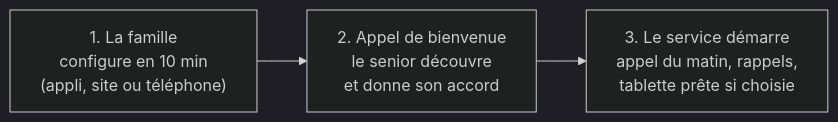
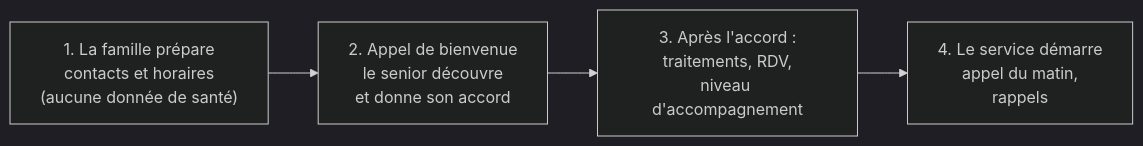
One commit to OrizonLab/pps changed the diagram in docs/09-preconfiguration-et-prise-en-main.md. Above: the diagram before and after it, drawn with Mermaid (dark theme). The commit also changed other lines of this file and 23 other files, not shown here.

````diff
--- a/docs/09-preconfiguration-et-prise-en-main.md
+++ b/docs/09-preconfiguration-et-prise-en-main.md
@@ -13,5 +19,6 @@
 ```mermaid
 flowchart LR
-    A["1. La famille<br/>configure en 10 min<br/>(appli, site ou téléphone)"] --> B["2. Appel de bienvenue<br/>le senior découvre<br/>et donne son accord"]
-    B --> C["3. Le service démarre<br/>appel du matin, rappels,<br/>tablette prête si choisie"]
+    A["1. La famille prépare<br/>contacts et horaires<br/>(aucune donnée de santé)"] --> B["2. Appel de bienvenue<br/>le senior découvre<br/>et donne son accord"]
+    B --> C["3. Après l'accord :<br/>traitements, RDV,<br/>niveau d'accompagnement"]
+    C --> D["4. Le service démarre<br/>appel du matin,<br/>rappels"]
 ```
````
